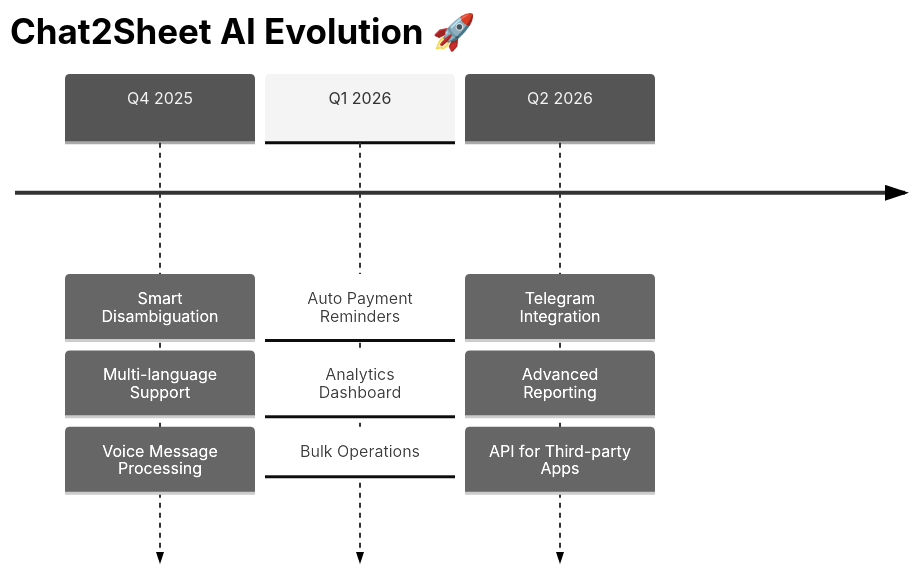
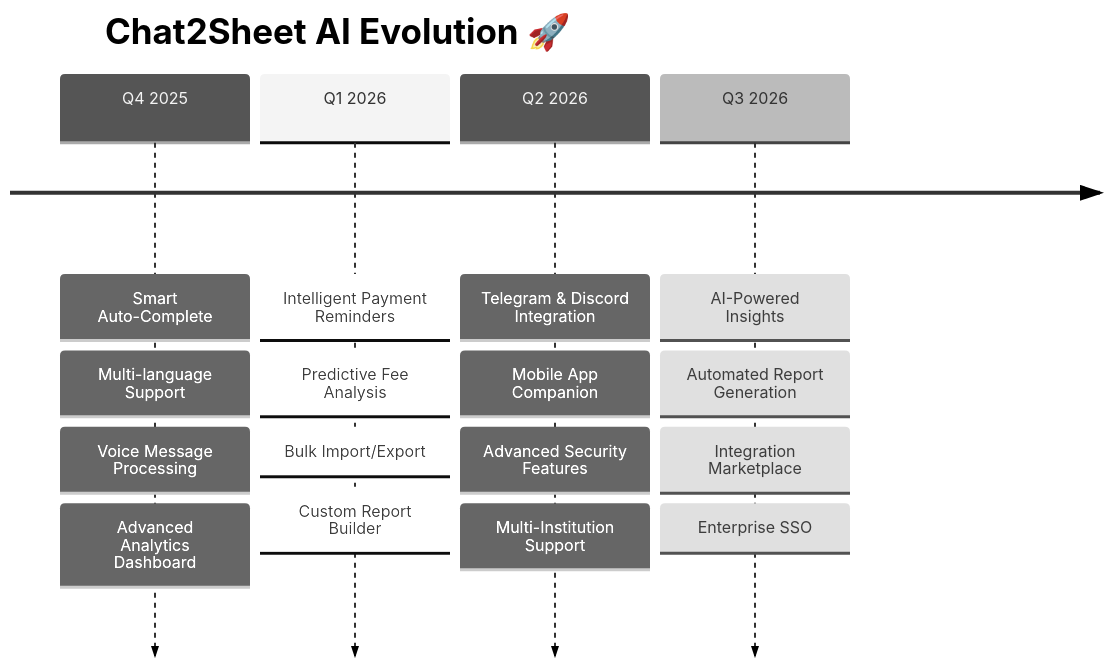
One commit to yassshhhh22/Chat2Sheet changed the third of 3 diagrams in README.md. Above: the diagram before and after it, drawn with Mermaid (neutral theme). The commit also changed other lines of this file, not shown here.

````diff
--- a/README.md
+++ b/README.md
@@ -327,16 +450,24 @@
 ```mermaid
 timeline
     title Chat2Sheet AI Evolution 🚀
 
-    Q4 2025 : Smart Disambiguation
+    Q4 2025 : Smart Auto-Complete
             : Multi-language Support
             : Voice Message Processing
+            : Advanced Analytics Dashboard
 
-    Q1 2026 : Auto Payment Reminders
-            : Analytics Dashboard
-            : Bulk Operations
+    Q1 2026 : Intelligent Payment Reminders
+            : Predictive Fee Analysis
+            : Bulk Import/Export
+            : Custom Report Builder
 
-    Q2 2026 : Telegram Integration
-            : Advanced Reporting
-            : API for Third-party Apps
+    Q2 2026 : Telegram & Discord Integration
+            : Mobile App Companion
+            : Advanced Security Features
+            : Multi-Institution Support
+
+    Q3 2026 : AI-Powered Insights
+            : Automated Report Generation
+            : Integration Marketplace
+            : Enterprise SSO
 ```
````
